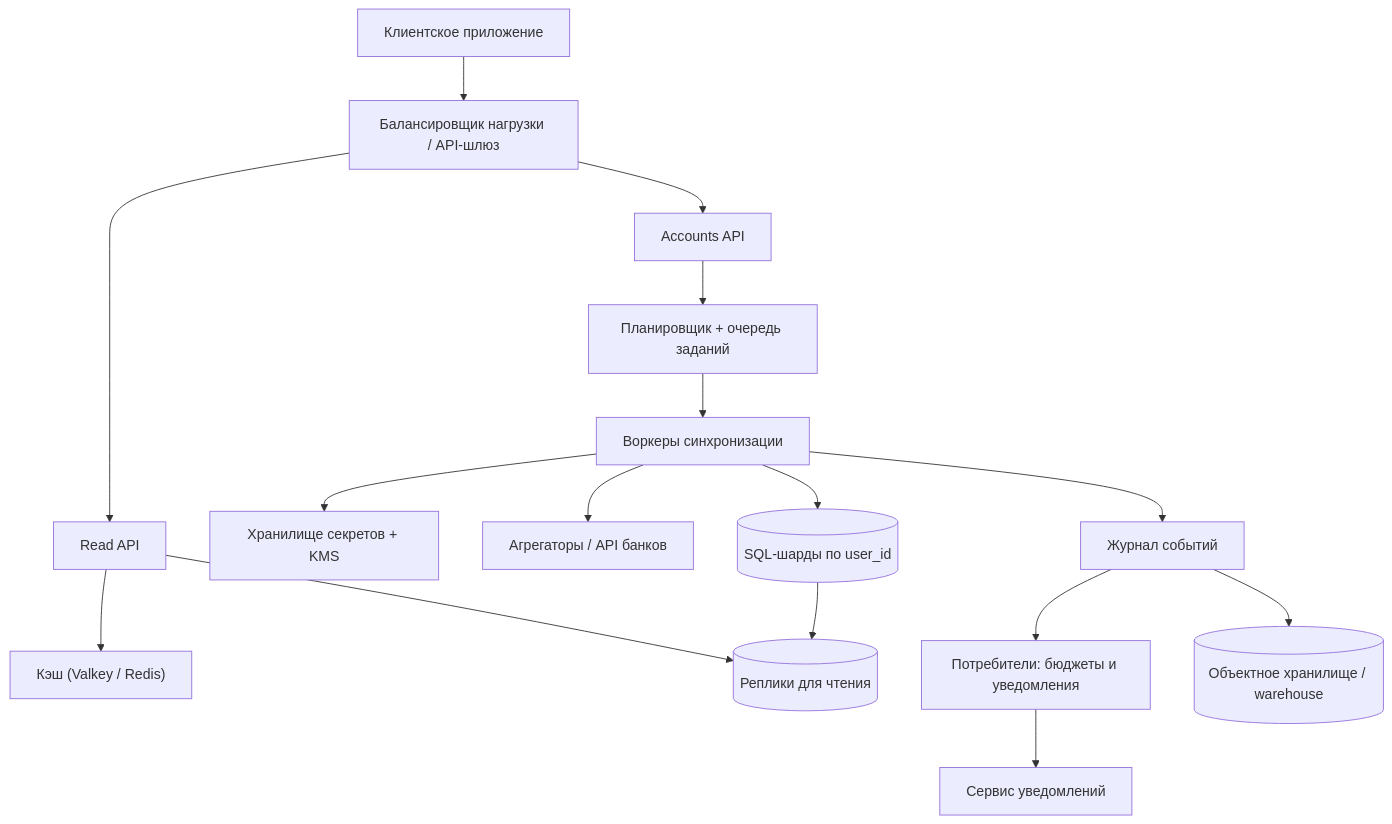
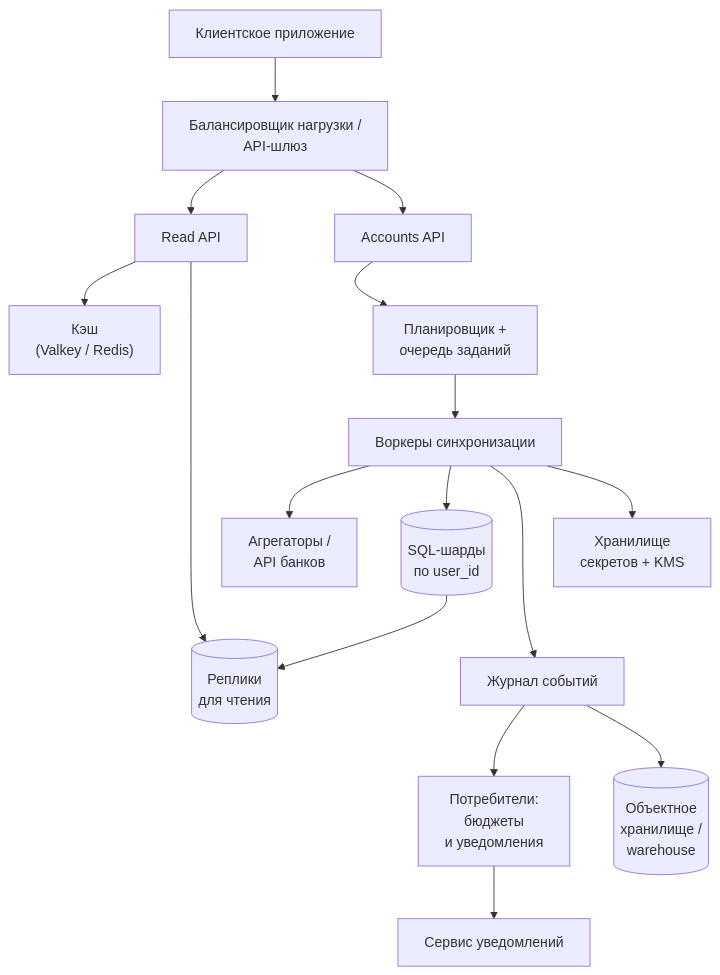
One commit to butyavk/system-design changed the third of 3 diagrams in src/content/docs/ru/practice/personal-finance-mint.mdx. Above: the diagram before and after it, drawn with Mermaid. The commit also changed other lines of this file and 144 other files, not shown here.

````diff
--- a/src/content/docs/ru/practice/personal-finance-mint.mdx
+++ b/src/content/docs/ru/practice/personal-finance-mint.mdx
@@ -335,18 +333,20 @@
 ```mermaid
-flowchart TD
-  client["Клиентское приложение"] --> lb["Балансировщик нагрузки / API-шлюз"]
+flowchart TB
+  client["Клиентское приложение"] --> lb["Балансировщик нагрузки /<br/>API-шлюз"]
   lb --> read["Read API"]
   lb --> accounts["Accounts API"]
-  read --> cache["Кэш (Valkey / Redis)"]
-  read --> replicas[("Реплики для чтения")]
-  accounts --> sched["Планировщик + очередь заданий"]
+  read --> cache["Кэш<br/>(Valkey / Redis)"]
+  read --> replicas[("Реплики<br/>для чтения")]
+  accounts --> sched["Планировщик +<br/>очередь заданий"]
   sched --> sync["Воркеры синхронизации"]
-  sync --> vault["Хранилище секретов + KMS"]
-  sync --> provider["Агрегаторы / API банков"]
-  sync --> shards[("SQL-шарды по user_id")]
+  sync --> vault["Хранилище<br/>секретов + KMS"]
+  sync --> provider["Агрегаторы /<br/>API банков"]
+  sync --> shards[("SQL-шарды<br/>по user_id")]
   shards --> replicas
   sync --> log["Журнал событий"]
-  log --> budget["Потребители: бюджеты и уведомления"]
-  log --> lake[("Объектное хранилище / warehouse")]
+  log --> budget["Потребители:<br/>бюджеты<br/>и уведомления"]
+  log --> lake[("Объектное<br/>хранилище /<br/>warehouse")]
   budget --> notify["Сервис уведомлений"]
+  read ~~~ sched
+  vault ~~~ log
 ```
````
